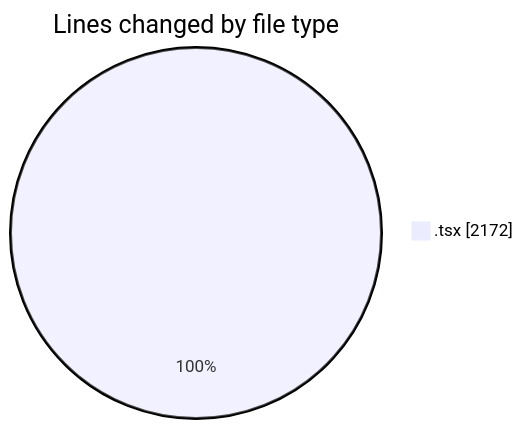
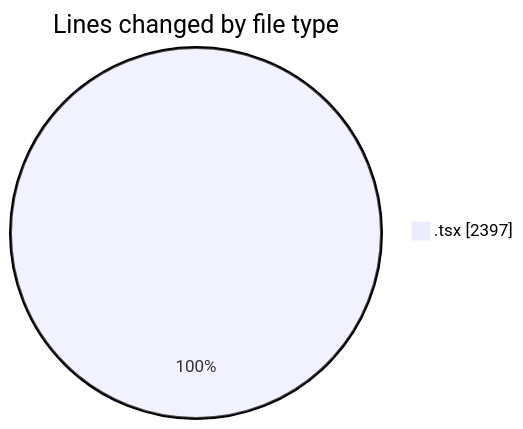
The first of 2 diagrams in 2026-06-25/nxtqube_webapp/README.md (nxtqubesakshisongat/code-tracking), drawn with Mermaid before and after one commit. The commit also changed other lines of this file and 1 other file, not shown here.

````diff
--- a/2026-06-25/nxtqube_webapp/README.md
+++ b/2026-06-25/nxtqube_webapp/README.md
@@ -20,5 +20,5 @@
 ```mermaid
 pie showData
 title Lines changed by file type
-".tsx" : 2172
+".tsx" : 2397
 ```
````
